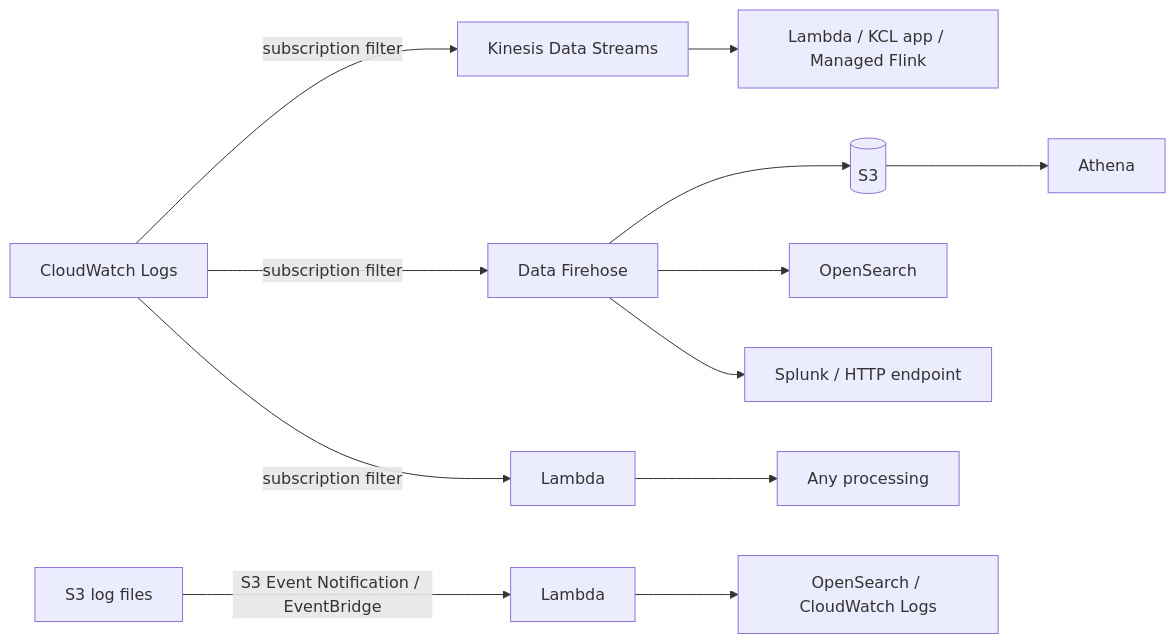
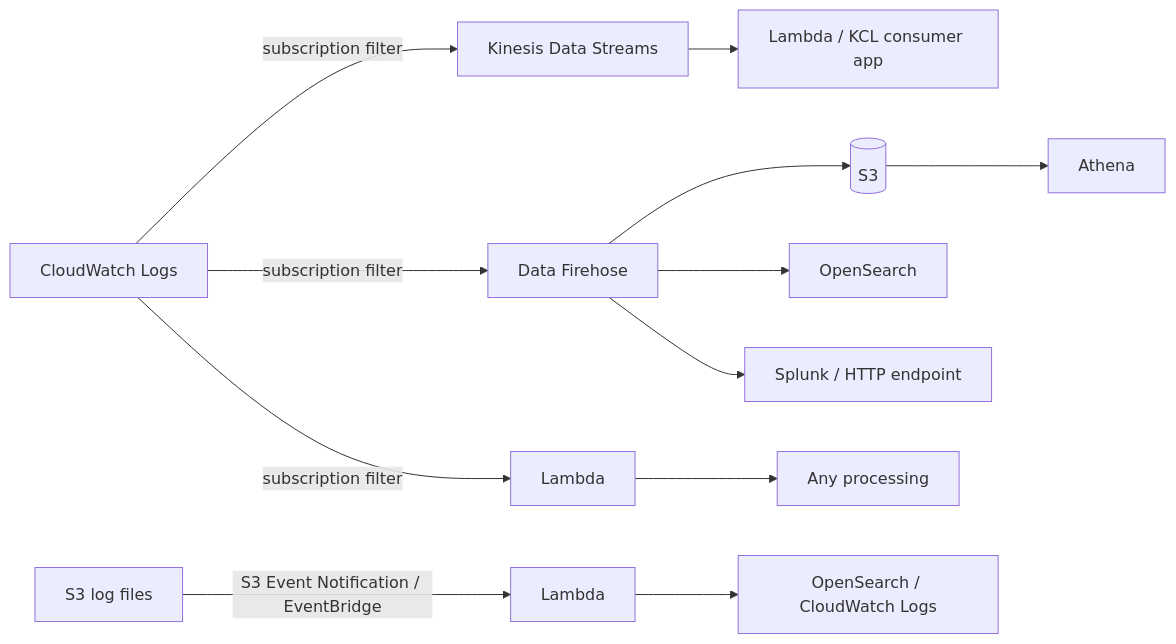
Before and after one commit to venkataraogurram/aws-devops-pro-dop-c02-guide: the diagram in services/cloudwatch.md, drawn with Mermaid. The commit also changed other lines of this file and 31 other files, not shown here.

````diff
--- a/services/cloudwatch.md
+++ b/services/cloudwatch.md
@@ -100,9 +99,9 @@
 ```mermaid
 flowchart LR
-  LG[CloudWatch Logs] -- subscription filter --> KDS[Kinesis Data Streams] --> L[Lambda / KCL app / Managed Flink]
+  LG[CloudWatch Logs] -- subscription filter --> KDS[Kinesis Data Streams] --> L[Lambda / KCL consumer app]
   LG -- subscription filter --> FH[Data Firehose] --> S3[(S3)] --> ATH[Athena]
   FH --> OS[OpenSearch]
   FH --> SPL[Splunk / HTTP endpoint]
   LG -- subscription filter --> LAM[Lambda] --> X[Any processing]
   S3E[S3 log files] -- S3 Event Notification / EventBridge --> L2[Lambda] --> OS2[OpenSearch / CloudWatch Logs]
 ```
````
